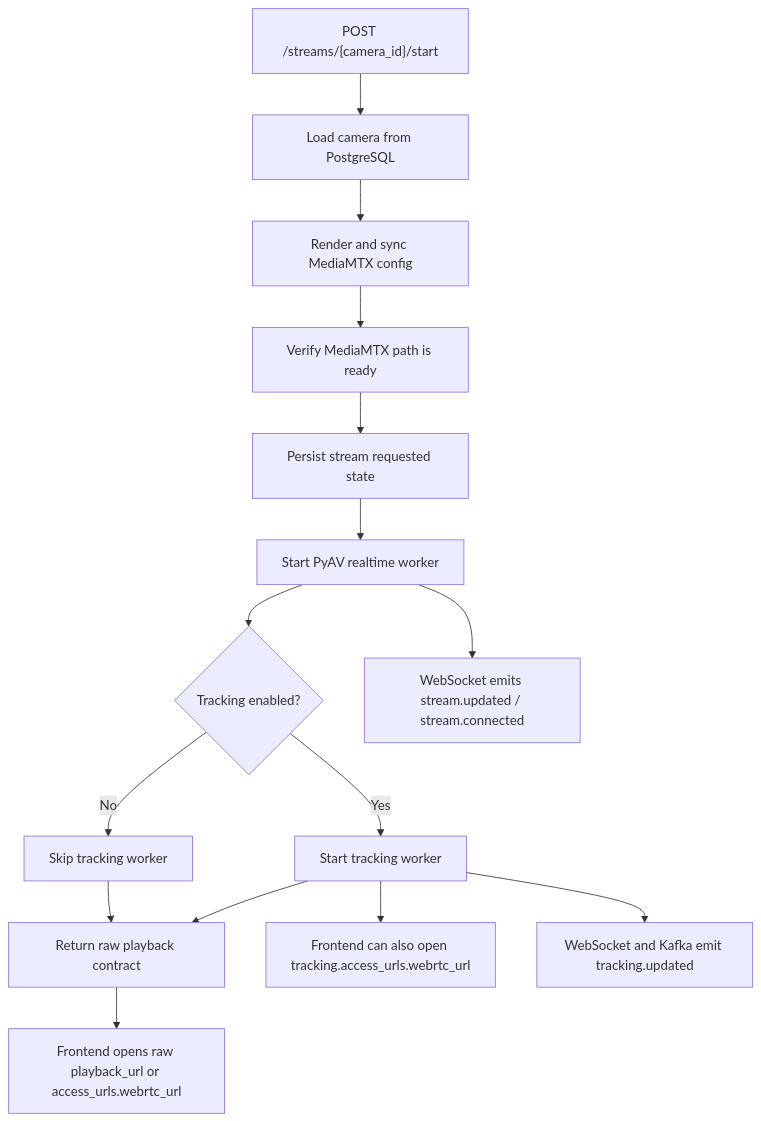
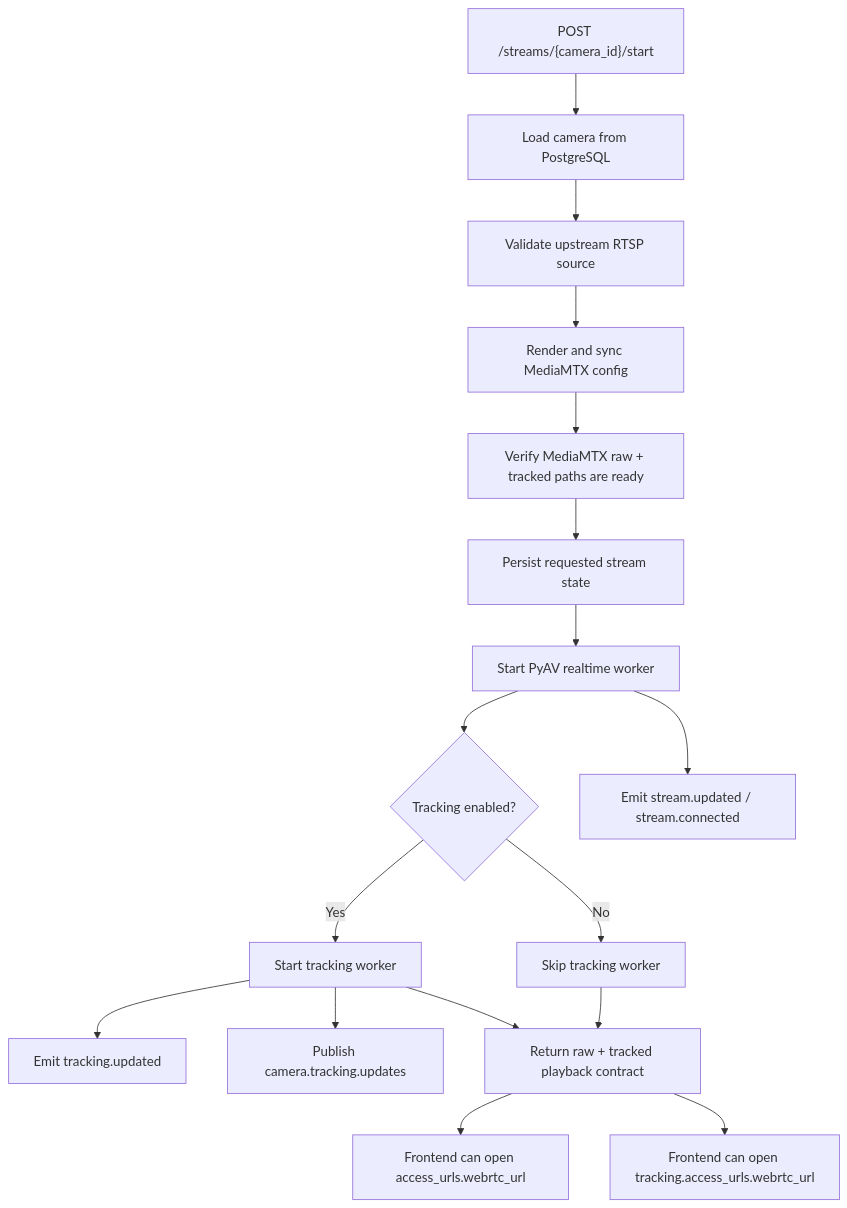
One commit to Premaramkarthik/Ai-Intelligence-Theft-Detection changed the second of 2 diagrams in backend/README.md. Above: the diagram before and after it, drawn with Mermaid. The commit also changed other lines of this file and 71 other files, not shown here.

````diff
--- a/backend/README.md
+++ b/backend/README.md
@@ -80,17 +86,19 @@
 ```mermaid
 flowchart TD
-    Start["POST /streams/{camera_id}/start"] --> LoadCamera["Load camera from PostgreSQL"]
-    LoadCamera --> SyncConfig["Render and sync MediaMTX config"]
-    SyncConfig --> EnsurePath["Verify MediaMTX path is ready"]
-    EnsurePath --> PersistStart["Persist stream requested state"]
-    PersistStart --> StartWorker["Start PyAV realtime worker"]
-    StartWorker --> TrackingDecision{"Tracking enabled?"}
-    TrackingDecision -- Yes --> StartTracking["Start tracking worker"]
-    TrackingDecision -- No --> SkipTracking["Skip tracking worker"]
-    StartTracking --> RawContract["Return raw playback contract"]
-    SkipTracking --> RawContract
-    RawContract --> RawPlayback["Frontend opens raw playback_url or access_urls.webrtc_url"]
-    StartTracking --> TrackedPlayback["Frontend can also open tracking.access_urls.webrtc_url"]
-    StartWorker --> WSUpdates["WebSocket emits stream.updated / stream.connected"]
-    StartTracking --> TrackingUpdates["WebSocket and Kafka emit tracking.updated"]
+    Start["POST /streams/{camera_id}/start"] --> Load["Load camera from PostgreSQL"]
+    Load --> Validate["Validate upstream RTSP source"]
+    Validate --> Sync["Render and sync MediaMTX config"]
+    Sync --> Ensure["Verify MediaMTX raw + tracked paths are ready"]
+    Ensure --> Persist["Persist requested stream state"]
+    Persist --> Raw["Start PyAV realtime worker"]
+    Raw --> TrackChoice{"Tracking enabled?"}
+    TrackChoice -- Yes --> Track["Start tracking worker"]
+    TrackChoice -- No --> Skip["Skip tracking worker"]
+    Raw --> WSRaw["Emit stream.updated / stream.connected"]
+    Track --> WSTracked["Emit tracking.updated"]
+    Track --> KafkaTracked["Publish camera.tracking.updates"]
+    Skip --> Contract["Return raw playback contract"]
+    Track --> Contract["Return raw + tracked playback contract"]
+    Contract --> FrontendRaw["Frontend can open access_urls.webrtc_url"]
+    Contract --> FrontendTracked["Frontend can open tracking.access_urls.webrtc_url"]
 ```
````
